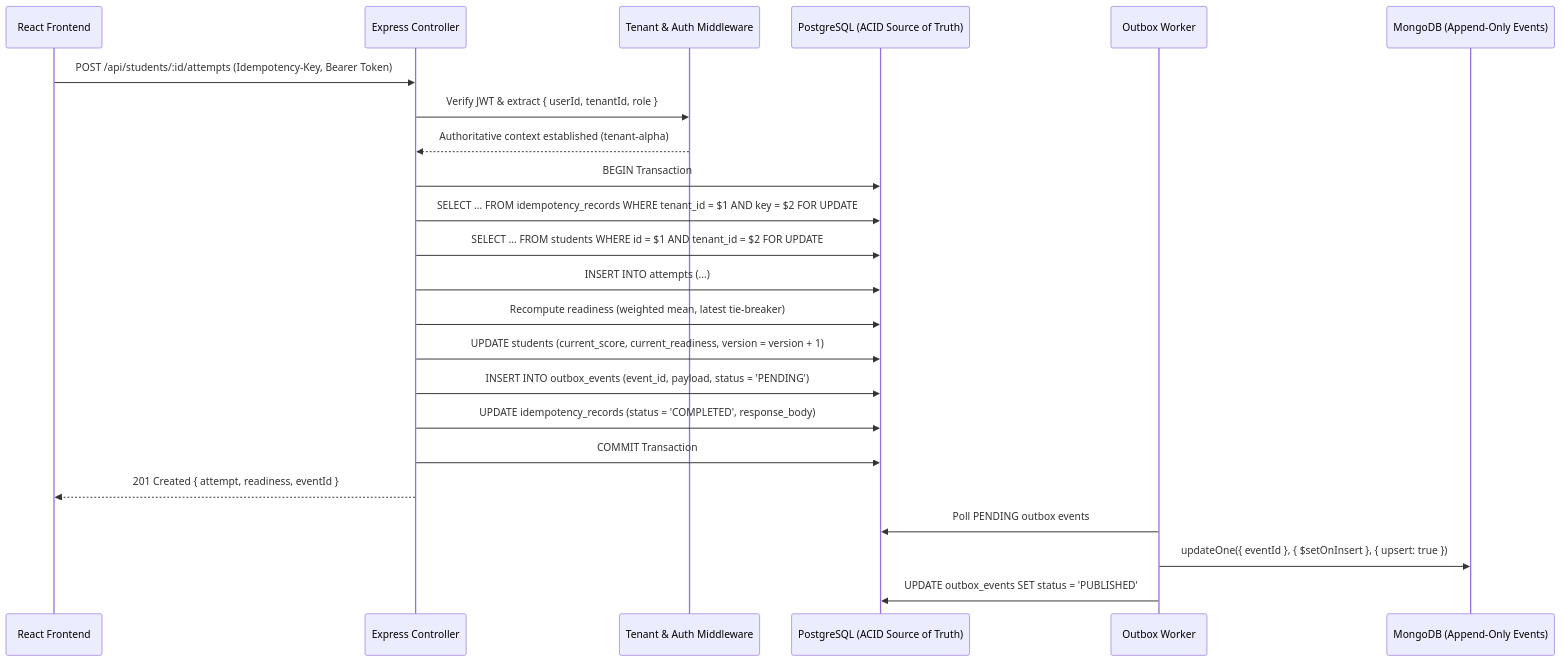
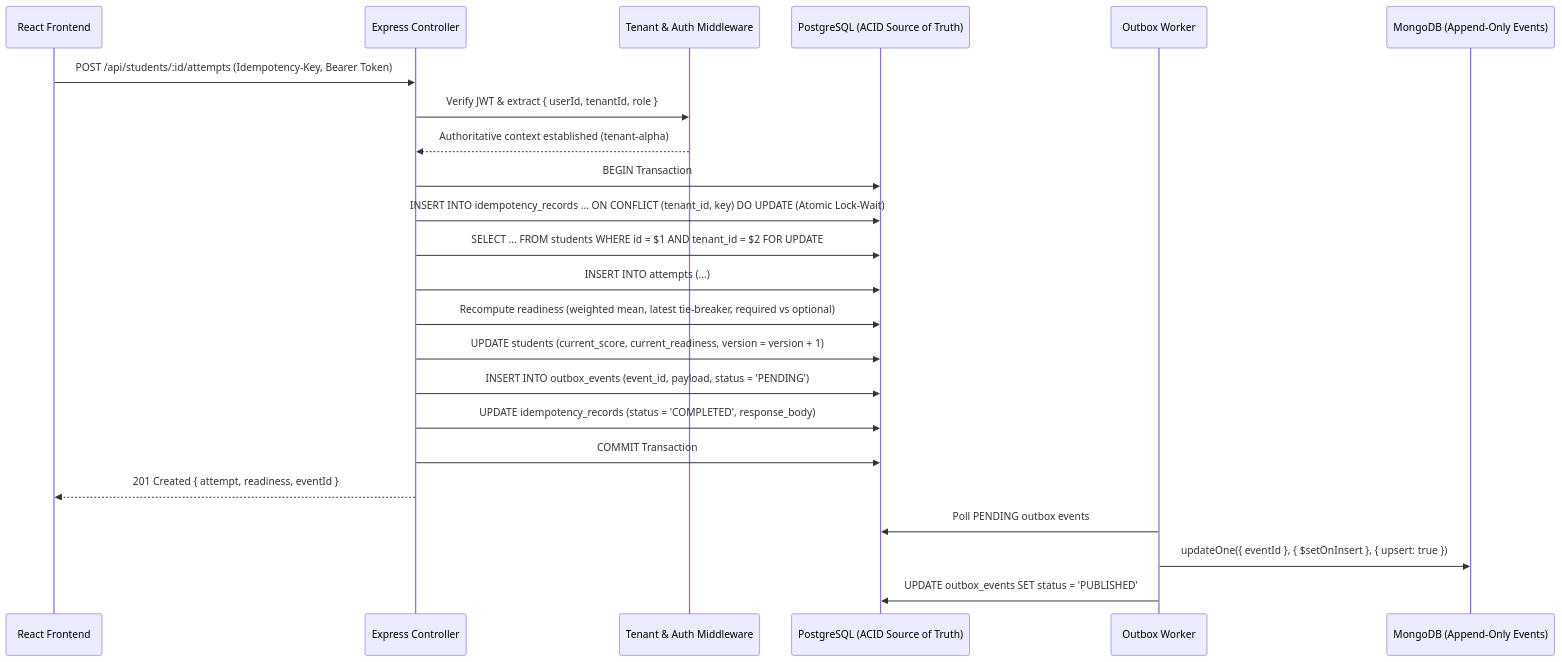
The diagram in docs/DEFENSE_GUIDE.md (harshitsingh2007/-Student-Readiness-Control-Center), drawn with Mermaid before and after one commit. The commit also changed other lines of this file and 17 other files, not shown here.

Commit message:
fix: atomic idempotency concurrency, configurable competencies, zero hardcoded frontend credentials, and resilient refresh

````diff
--- a/docs/DEFENSE_GUIDE.md
+++ b/docs/DEFENSE_GUIDE.md
@@ -43,26 +43,26 @@
 ```mermaid
 sequenceDiagram
     participant User as React Frontend
     participant API as Express Controller
     participant Auth as Tenant & Auth Middleware
     participant PG as PostgreSQL (ACID Source of Truth)
     participant Outbox as Outbox Worker
     participant Mongo as MongoDB (Append-Only Events)
 
     User->>API: POST /api/students/:id/attempts (Idempotency-Key, Bearer Token)
     API->>Auth: Verify JWT & extract { userId, tenantId, role }
     Auth-->>API: Authoritative context established (tenant-alpha)
     API->>PG: BEGIN Transaction
-    API->>PG: SELECT ... FROM idempotency_records WHERE tenant_id = $1 AND key = $2 FOR UPDATE
+    API->>PG: INSERT INTO idempotency_records ... ON CONFLICT (tenant_id, key) DO UPDATE (Atomic Lock-Wait)
     API->>PG: SELECT ... FROM students WHERE id = $1 AND tenant_id = $2 FOR UPDATE
     API->>PG: INSERT INTO attempts (...)
-    API->>PG: Recompute readiness (weighted mean, latest tie-breaker)
+    API->>PG: Recompute readiness (weighted mean, latest tie-breaker, required vs optional)
     API->>PG: UPDATE students (current_score, current_readiness, version = version + 1)
     API->>PG: INSERT INTO outbox_events (event_id, payload, status = 'PENDING')
     API->>PG: UPDATE idempotency_records (status = 'COMPLETED', response_body)
     API->>PG: COMMIT Transaction
     API-->>User: 201 Created { attempt, readiness, eventId }
     Outbox->>PG: Poll PENDING outbox events
     Outbox->>Mongo: updateOne({ eventId }, { $setOnInsert }, { upsert: true })
     Outbox->>PG: UPDATE outbox_events SET status = 'PUBLISHED'
 ```
````
